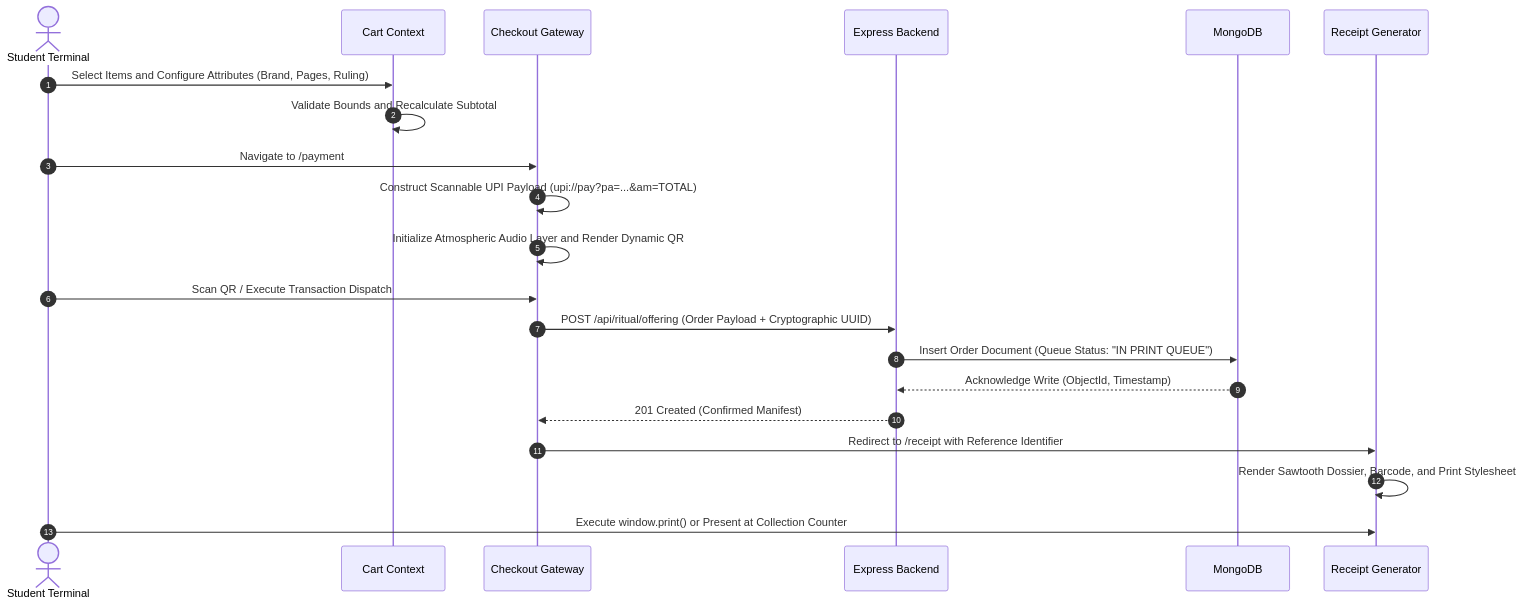
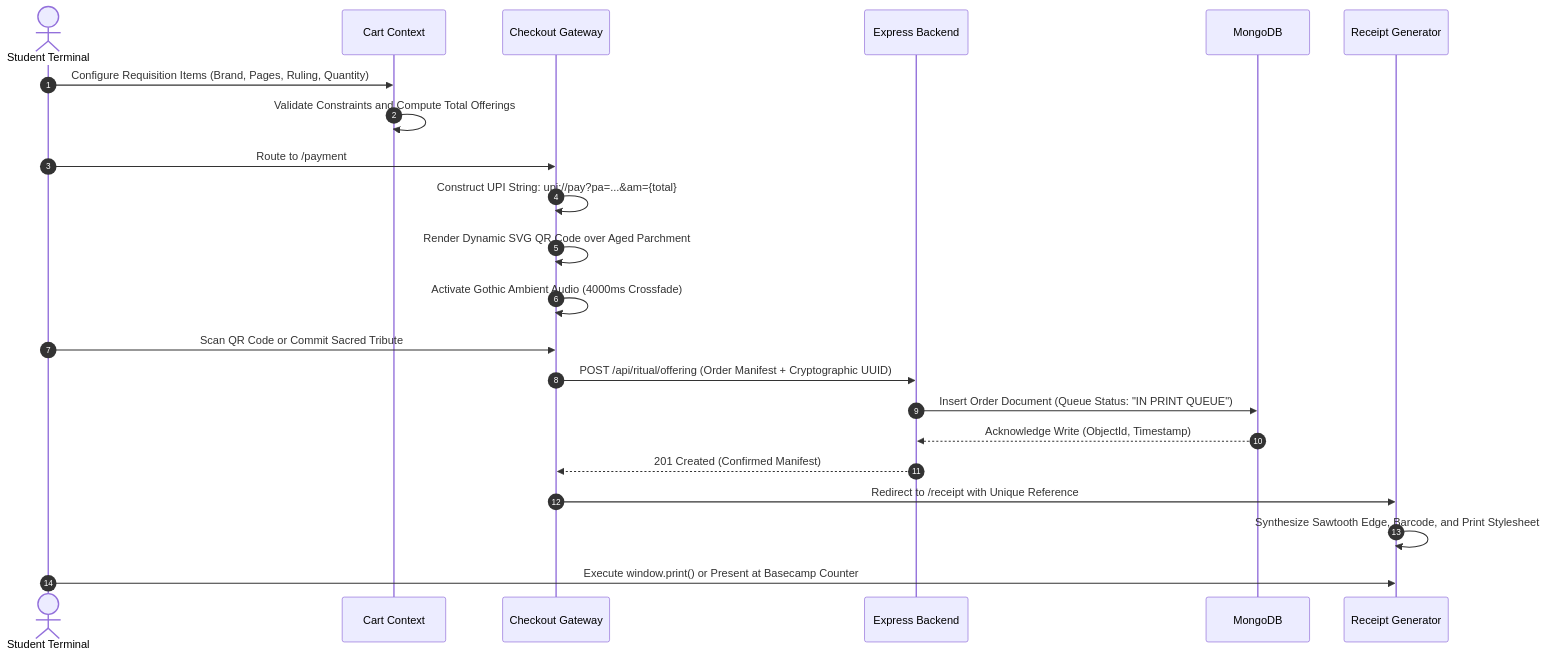
One commit to imMohammedSahil/Odyssey changed the second of 2 diagrams in README.md. Above: the diagram before and after it, drawn with Mermaid. The commit also changed other lines of this file, not shown here.

Commit message:
docs: upgrade README with comprehensive architectural specifications and subsystem deep dives

````diff
--- a/README.md
+++ b/README.md
@@ -80,24 +97,25 @@
 ```mermaid
 sequenceDiagram
     autonumber
     actor Student as Student Terminal
     participant Cart as Cart Context
     participant Payment as Checkout Gateway
     participant Server as Express Backend
     participant DB as MongoDB
     participant Receipt as Receipt Generator
 
-    Student->>Cart: Select Items and Configure Attributes (Brand, Pages, Ruling)
-    Cart->>Cart: Validate Bounds and Recalculate Subtotal
-    Student->>Payment: Navigate to /payment
-    Payment->>Payment: Construct Scannable UPI Payload (upi://pay?pa=...&am=TOTAL)
-    Payment->>Payment: Initialize Atmospheric Audio Layer and Render Dynamic QR
-    Student->>Payment: Scan QR / Execute Transaction Dispatch
-    Payment->>Server: POST /api/ritual/offering (Order Payload + Cryptographic UUID)
+    Student->>Cart: Configure Requisition Items (Brand, Pages, Ruling, Quantity)
+    Cart->>Cart: Validate Constraints and Compute Total Offerings
+    Student->>Payment: Route to /payment
+    Payment->>Payment: Construct UPI String: upi://pay?pa=...&am={total}
+    Payment->>Payment: Render Dynamic SVG QR Code over Aged Parchment
+    Payment->>Payment: Activate Gothic Ambient Audio (4000ms Crossfade)
+    Student->>Payment: Scan QR Code or Commit Sacred Tribute
+    Payment->>Server: POST /api/ritual/offering (Order Manifest + Cryptographic UUID)
     Server->>DB: Insert Order Document (Queue Status: "IN PRINT QUEUE")
     DB-->>Server: Acknowledge Write (ObjectId, Timestamp)
     Server-->>Payment: 201 Created (Confirmed Manifest)
-    Payment->>Receipt: Redirect to /receipt with Reference Identifier
-    Receipt->>Receipt: Render Sawtooth Dossier, Barcode, and Print Stylesheet
-    Student->>Receipt: Execute window.print() or Present at Collection Counter
+    Payment->>Receipt: Redirect to /receipt with Unique Reference
+    Receipt->>Receipt: Synthesize Sawtooth Edge, Barcode, and Print Stylesheet
+    Student->>Receipt: Execute window.print() or Present at Basecamp Counter
 ```
````
